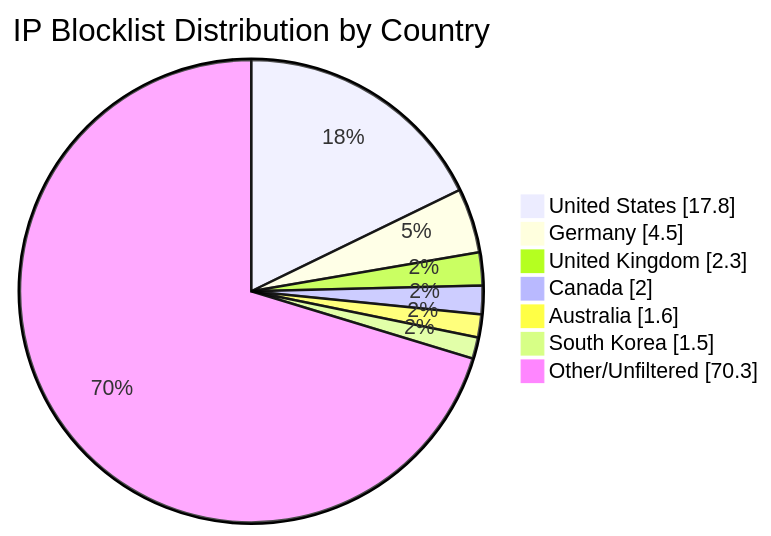
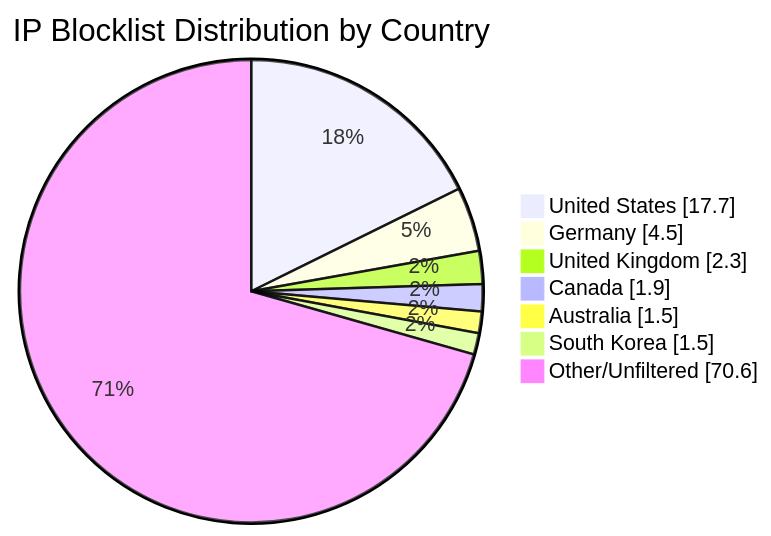
The diagram in README.md (MarcusHoltz/ipblocklist-geofiltered-aggregator), drawn with Mermaid before and after one commit. The commit also changed other lines of this file and 9 other files, not shown here.

````diff
--- a/README.md
+++ b/README.md
@@ -34,10 +34,10 @@
 ```mermaid
 pie showData title IP Blocklist Distribution by Country
-"United States" : 17.8
+"United States" : 17.7
 "Germany" : 4.5
 "United Kingdom" : 2.3
-"Canada" : 2.0
-"Australia" : 1.6
+"Canada" : 1.9
+"Australia" : 1.5
 "South Korea" : 1.5
-"Other/Unfiltered" : 70.3
+"Other/Unfiltered" : 70.6
 ```
````
